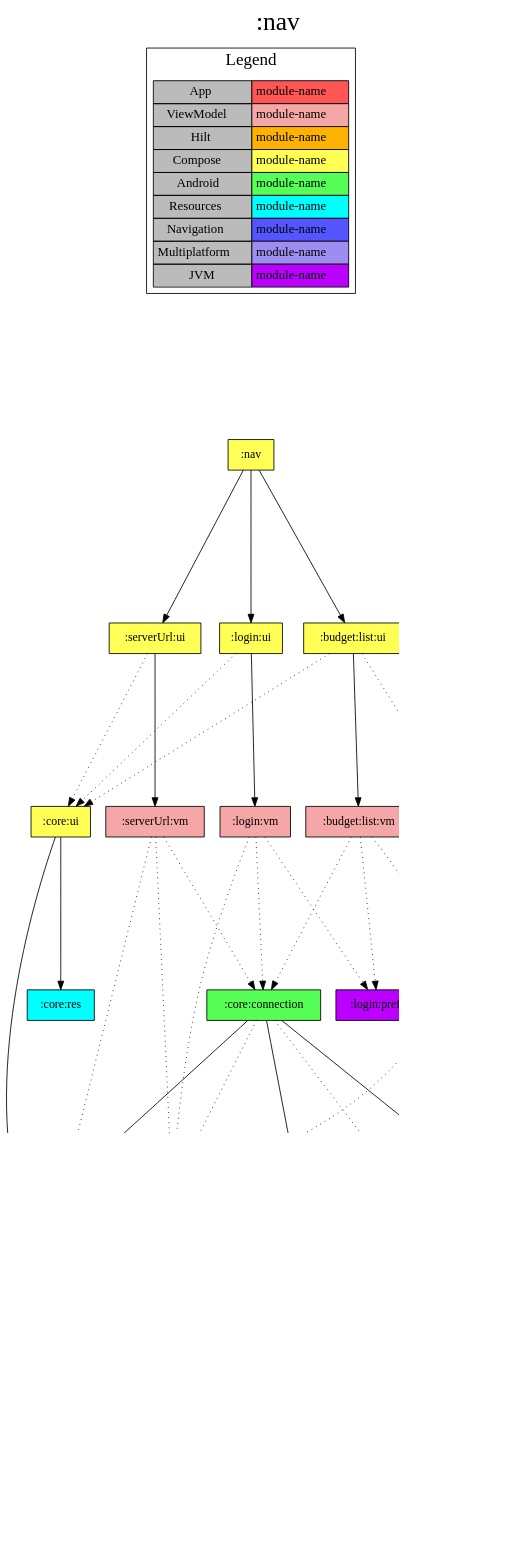
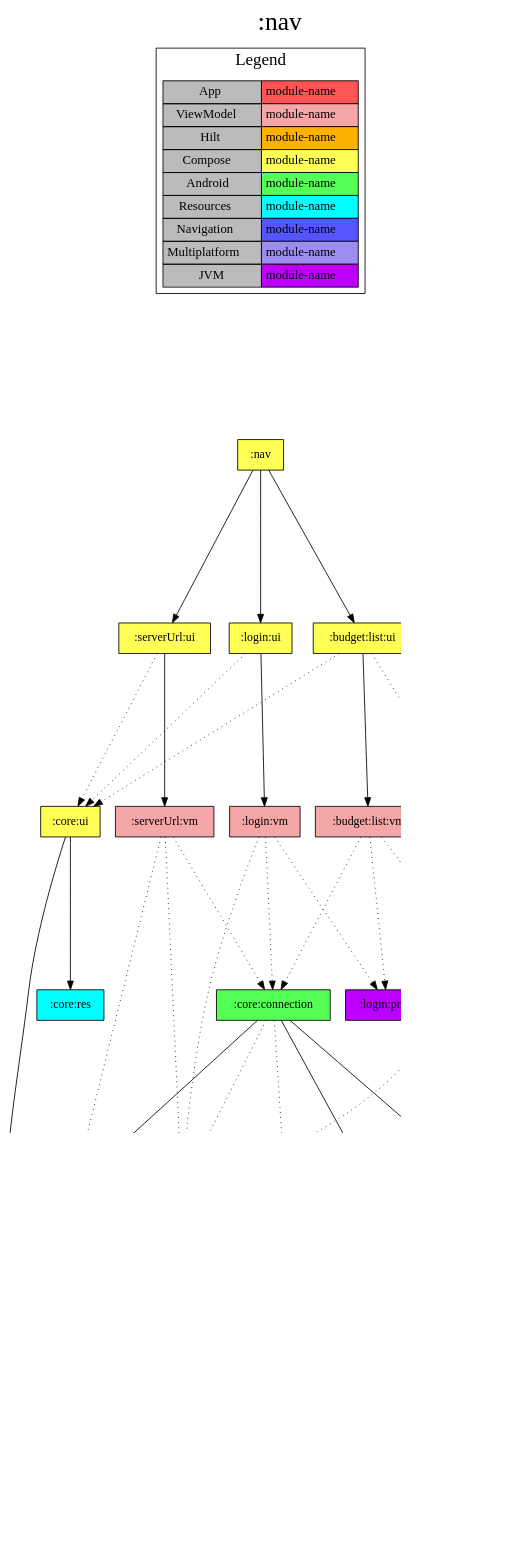
The diagram in modules/nav/project-dependency-graph.dot (jonapoul/aktual), drawn with Graphviz before and after one commit. The commit also changed 11 other files, not shown here.

Commit message:
Fix ServerUrl

```diff
--- a/modules/nav/project-dependency-graph.dot
+++ b/modules/nav/project-dependency-graph.dot
@@ -1,75 +1,76 @@
 digraph {
 edge ["dir"="forward"]
 graph ["dpi"="100","label"=":nav","labelloc"="t","fontsize"="30","ranksep"="2.5","rankdir"="TB"]
 node ["style"="filled"]
 ":nav" ["fillcolor"="#FFFF55","shape"="box"]
 ":budget:list:ui" ["fillcolor"="#FFFF55","shape"="box"]
 ":budget:list:vm" ["fillcolor"="#F5A6A6","shape"="box"]
 ":core:connection" ["fillcolor"="#55FF55","shape"="box"]
 ":api:client" ["fillcolor"="#BB00FF","shape"="box"]
 ":api:model" ["fillcolor"="#BB00FF","shape"="box"]
 ":core:model" ["fillcolor"="#BB00FF","shape"="box"]
 ":core:coroutines" ["fillcolor"="#BB00FF","shape"="box"]
 ":core:state" ["fillcolor"="#55FF55","shape"="box"]
 ":api:json" ["fillcolor"="#BB00FF","shape"="box"]
 ":serverUrl:prefs" ["fillcolor"="#55FF55","shape"="box"]
 ":login:prefs" ["fillcolor"="#BB00FF","shape"="box"]
 ":core:icons" ["fillcolor"="#FFFF55","shape"="box"]
 ":core:ui" ["fillcolor"="#FFFF55","shape"="box"]
 ":core:res" ["fillcolor"="#00FFFF","shape"="box"]
 ":login:ui" ["fillcolor"="#FFFF55","shape"="box"]
 ":login:vm" ["fillcolor"="#F5A6A6","shape"="box"]
 ":serverUrl:ui" ["fillcolor"="#FFFF55","shape"="box"]
 ":serverUrl:vm" ["fillcolor"="#F5A6A6","shape"="box"]
 {
 edge ["dir"="none"]
 graph ["rank"="same"]
 }
 ":nav" -> ":budget:list:ui"
 ":nav" -> ":login:ui"
 ":nav" -> ":serverUrl:ui"
 ":budget:list:ui" -> ":budget:list:vm"
 ":budget:list:ui" -> ":core:icons" ["style"="dotted"]
 ":budget:list:ui" -> ":core:ui" ["style"="dotted"]
 ":budget:list:vm" -> ":core:connection" ["style"="dotted"]
 ":budget:list:vm" -> ":login:prefs" ["style"="dotted"]
 ":budget:list:vm" -> ":serverUrl:prefs" ["style"="dotted"]
 ":core:connection" -> ":api:client"
 ":core:connection" -> ":core:coroutines"
 ":core:connection" -> ":core:state"
 ":core:connection" -> ":api:json" ["style"="dotted"]
 ":core:connection" -> ":serverUrl:prefs" ["style"="dotted"]
 ":api:client" -> ":api:model"
 ":api:model" -> ":core:model"
 ":core:state" -> ":core:model"
+":serverUrl:prefs" -> ":core:model"
 ":login:prefs" -> ":core:model"
 ":core:ui" -> ":core:model"
 ":core:ui" -> ":core:res"
 ":login:ui" -> ":login:vm"
 ":login:ui" -> ":core:ui" ["style"="dotted"]
 ":login:vm" -> ":core:connection" ["style"="dotted"]
 ":login:vm" -> ":login:prefs" ["style"="dotted"]
 ":login:vm" -> ":serverUrl:prefs" ["style"="dotted"]
 ":serverUrl:ui" -> ":serverUrl:vm"
 ":serverUrl:ui" -> ":core:ui" ["style"="dotted"]
 ":serverUrl:vm" -> ":api:client" ["style"="dotted"]
 ":serverUrl:vm" -> ":core:connection" ["style"="dotted"]
 ":serverUrl:vm" -> ":serverUrl:prefs" ["style"="dotted"]
 subgraph "cluster_legend" {
 edge ["dir"="none"]
 graph ["label"="Legend","fontsize"="20"]
 "Legend" ["style"="filled","fillcolor"="#bbbbbb","shape"="none","margin"="0","fontsize"="15","label"=<
 <TABLE BORDER="0" CELLBORDER="1" CELLSPACING="0" CELLPADDING="4">
 <TR><TD>App</TD><TD BGCOLOR="#FF5555">module-name</TD></TR>
 <TR><TD>ViewModel</TD><TD BGCOLOR="#F5A6A6">module-name</TD></TR>
 <TR><TD>Hilt</TD><TD BGCOLOR="#FCB103">module-name</TD></TR>
 <TR><TD>Compose</TD><TD BGCOLOR="#FFFF55">module-name</TD></TR>
 <TR><TD>Android</TD><TD BGCOLOR="#55FF55">module-name</TD></TR>
 <TR><TD>Resources</TD><TD BGCOLOR="#00FFFF">module-name</TD></TR>
 <TR><TD>Navigation</TD><TD BGCOLOR="#5555FF">module-name</TD></TR>
 <TR><TD>Multiplatform</TD><TD BGCOLOR="#9D8DF1">module-name</TD></TR>
 <TR><TD>JVM</TD><TD BGCOLOR="#BB00FF">module-name</TD></TR>
 </TABLE>
 >]
 } -> ":nav" ["style"="invis"]
 }
```
